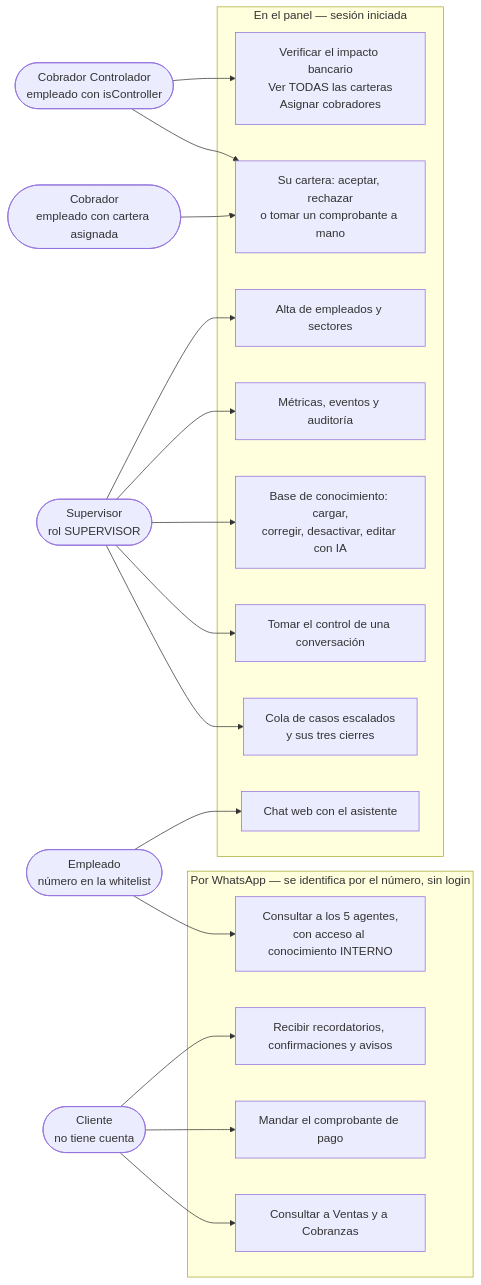
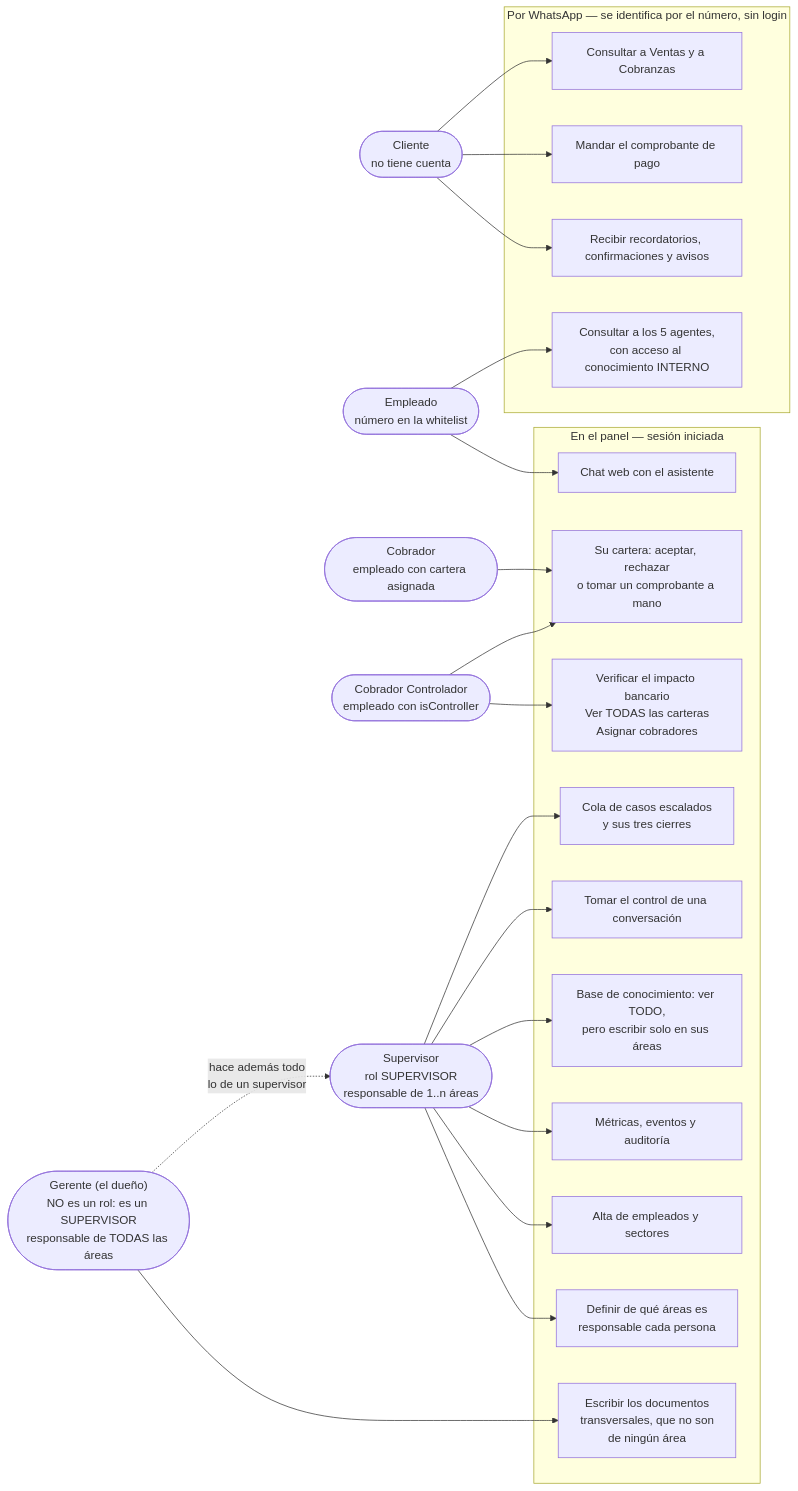
One commit to mauroarmas/TrimIA-Backend changed the second of 4 diagrams in docs/diagrams/DIAGRAMAS_ARQUITECTURA.md. Above: the diagram before and after it, drawn with Mermaid. The commit also changed other lines of this file, not shown here.

````diff
--- a/docs/diagrams/DIAGRAMAS_ARQUITECTURA.md
+++ b/docs/diagrams/DIAGRAMAS_ARQUITECTURA.md
@@ -106,40 +110,46 @@
 ```mermaid
 flowchart LR
     cliente(["Cliente<br/>no tiene cuenta"])
     empleado(["Empleado<br/>número en la whitelist"])
     cobrador(["Cobrador<br/>empleado con cartera asignada"])
     controlador(["Cobrador Controlador<br/>empleado con isController"])
-    supervisor(["Supervisor<br/>rol SUPERVISOR"])
+    supervisor(["Supervisor<br/>rol SUPERVISOR<br/>responsable de 1..n áreas"])
+    gerente(["Gerente (el dueño)<br/>NO es un rol: es un SUPERVISOR<br/>responsable de TODAS las áreas"])
 
     subgraph wa["Por WhatsApp — se identifica por el número, sin login"]
         c1["Consultar a Ventas y a Cobranzas"]
         c2["Mandar el comprobante de pago"]
         c3["Recibir recordatorios, confirmaciones y avisos"]
         e1["Consultar a los 5 agentes,<br/>con acceso al conocimiento INTERNO"]
     end
 
     subgraph panel["En el panel — sesión iniciada"]
         e2["Chat web con el asistente"]
         k1["Su cartera: aceptar, rechazar<br/>o tomar un comprobante a mano"]
         k2["Verificar el impacto bancario<br/>Ver TODAS las carteras<br/>Asignar cobradores"]
         s1["Cola de casos escalados<br/>y sus tres cierres"]
         s2["Tomar el control de una conversación"]
-        s3["Base de conocimiento: cargar,<br/>corregir, desactivar, editar con IA"]
+        s3["Base de conocimiento: ver TODO,<br/>pero escribir solo en sus áreas"]
         s4["Métricas, eventos y auditoría"]
         s5["Alta de empleados y sectores"]
+        s6["Definir de qué áreas es<br/>responsable cada persona"]
+        g1["Escribir los documentos<br/>transversales, que no son<br/>de ningún área"]
     end
 
     cliente --> c1
     cliente --> c2
     cliente --> c3
     empleado --> e1
     empleado --> e2
     cobrador --> k1
     controlador --> k1
     controlador --> k2
     supervisor --> s1
     supervisor --> s2
     supervisor --> s3
     supervisor --> s4
     supervisor --> s5
+    supervisor --> s6
+    gerente -.->|"hace además todo<br/>lo de un supervisor"| supervisor
+    gerente --> g1
 ```
````
